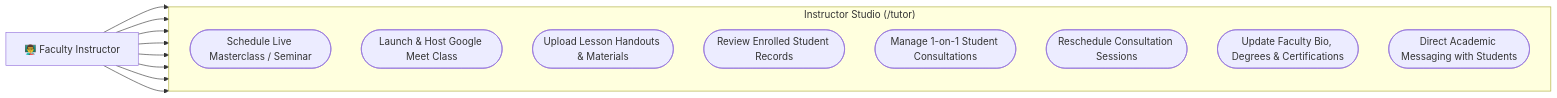
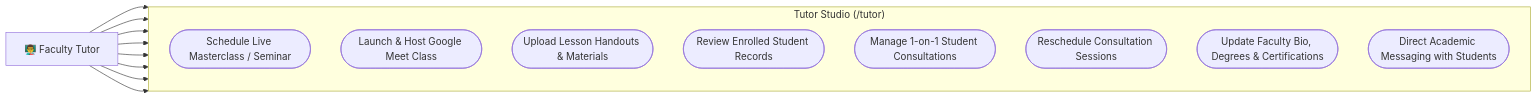
One commit to yashan223/lms changed the third of 4 diagrams in USE_CASES.md. Above: the diagram before and after it, drawn with Mermaid. The commit also changed other lines of this file and 27 other files, not shown here.

Commit message:
feat: integrate 6h/16h/24h token hours purchase system, rename Instructor to Tutor, and remove assignments

````diff
--- a/USE_CASES.md
+++ b/USE_CASES.md
@@ -138,25 +144,25 @@
 ```mermaid
 flowchart LR
-    Instructor["👨‍🏫 Faculty Instructor"]
+    Tutor["👨‍🏫 Faculty Tutor"]
 
-    subgraph TutorStudio ["Instructor Studio (/tutor)"]
+    subgraph TutorStudio ["Tutor Studio (/tutor)"]
         direction TB
         UC_T1(["Schedule Live Masterclass / Seminar"])
         UC_T2(["Launch & Host Google Meet Class"])
         UC_T3(["Upload Lesson Handouts & Materials"])
         UC_T4(["Review Enrolled Student Records"])
         UC_T5(["Manage 1-on-1 Student Consultations"])
         UC_T6(["Reschedule Consultation Sessions"])
         UC_T7(["Update Faculty Bio, Degrees & Certifications"])
         UC_T8(["Direct Academic Messaging with Students"])
     end
 
-    Instructor --> UC_T1
-    Instructor --> UC_T2
-    Instructor --> UC_T3
-    Instructor --> UC_T4
-    Instructor --> UC_T5
-    Instructor --> UC_T6
-    Instructor --> UC_T7
-    Instructor --> UC_T8
+    Tutor --> UC_T1
+    Tutor --> UC_T2
+    Tutor --> UC_T3
+    Tutor --> UC_T4
+    Tutor --> UC_T5
+    Tutor --> UC_T6
+    Tutor --> UC_T7
+    Tutor --> UC_T8
 ```
````
